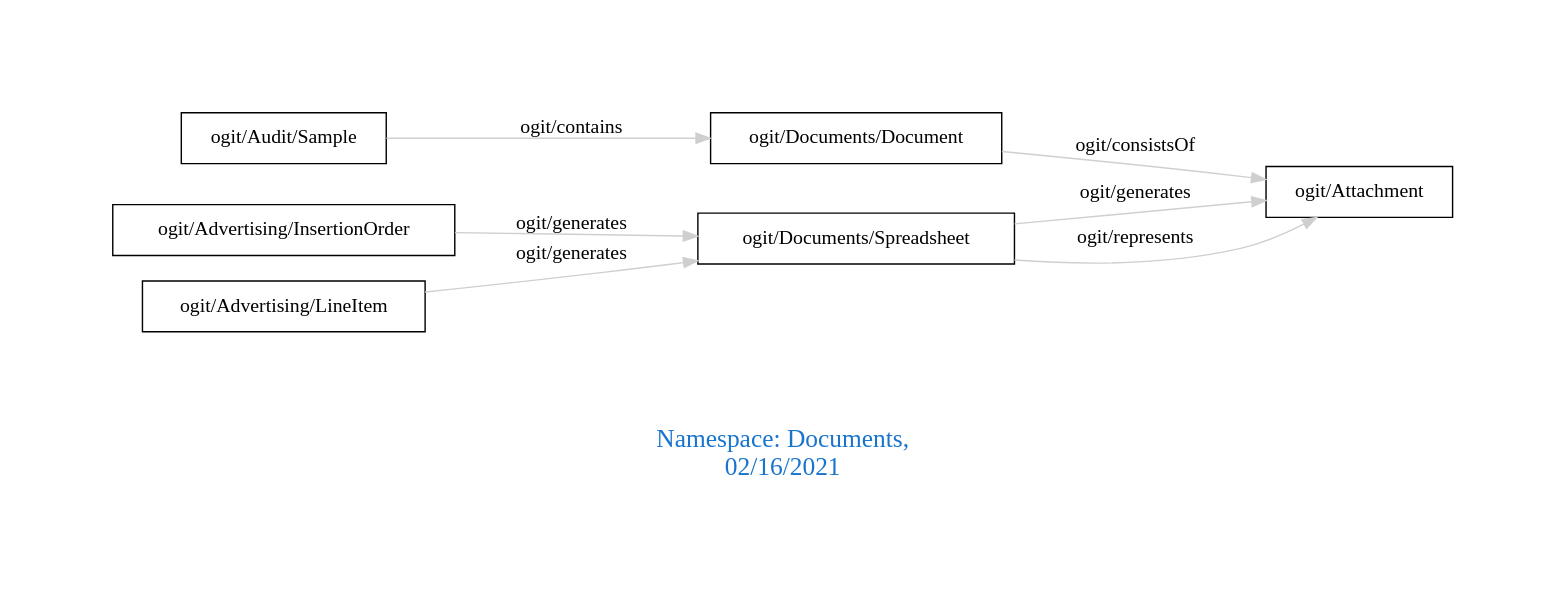
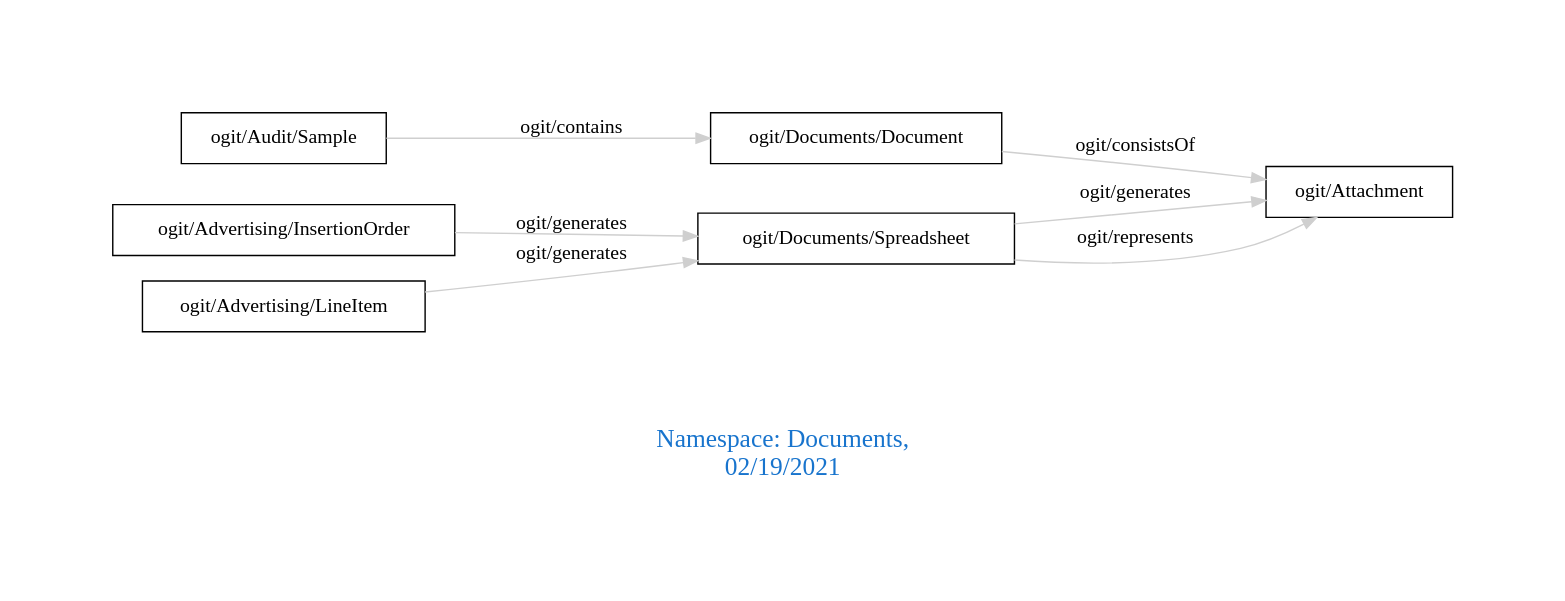
Before and after one commit to arago/OGIT: the diagram in downloads/Documents.dot, drawn with Graphviz. The commit also changed 1845 other files, not shown here.

```diff
--- a/downloads/Documents.dot
+++ b/downloads/Documents.dot
@@ -1,14 +1,14 @@
 digraph OGIT_ontology {
  graph [ rankdir= LR,pad=1 
 fontsize = 18,
-fontcolor= dodgerblue3,label = "\n\n\nNamespace: Documents, \n 02/16/2021"];
+fontcolor= dodgerblue3,label = "\n\n\nNamespace: Documents, \n 02/19/2021"];
 node[shape=polygon];
 edge [  color="gray81"];
 
    "ogit/Audit/Sample" -> "ogit/Documents/Document" [label="   ogit/contains    "];
    "ogit/Advertising/InsertionOrder" -> "ogit/Documents/Spreadsheet" [label="   ogit/generates    "];
    "ogit/Advertising/LineItem" -> "ogit/Documents/Spreadsheet" [label="   ogit/generates    "];
    "ogit/Documents/Spreadsheet" -> "ogit/Attachment" [label="   ogit/generates    "];
    "ogit/Documents/Spreadsheet" -> "ogit/Attachment" [label="   ogit/represents    "];
    "ogit/Documents/Document" -> "ogit/Attachment" [label="   ogit/consistsOf    "];
 }
```
